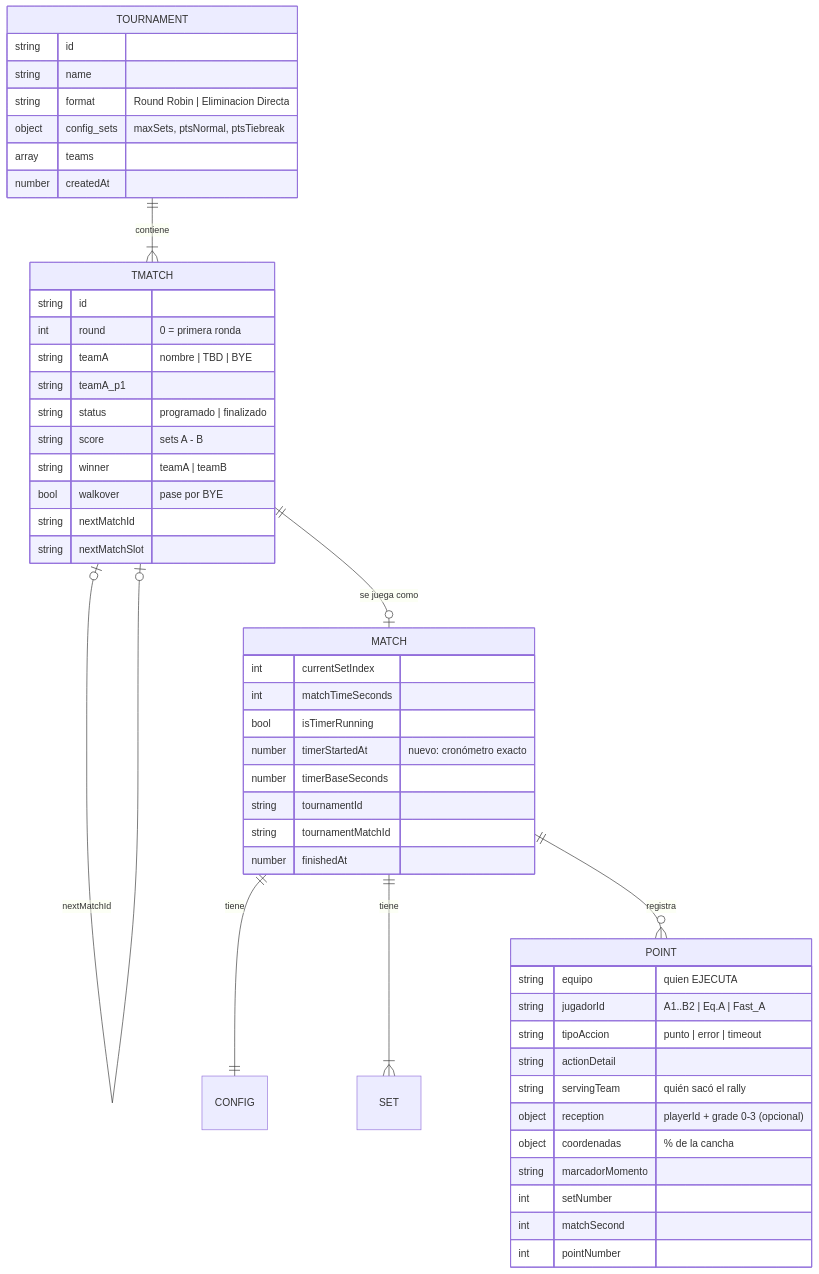
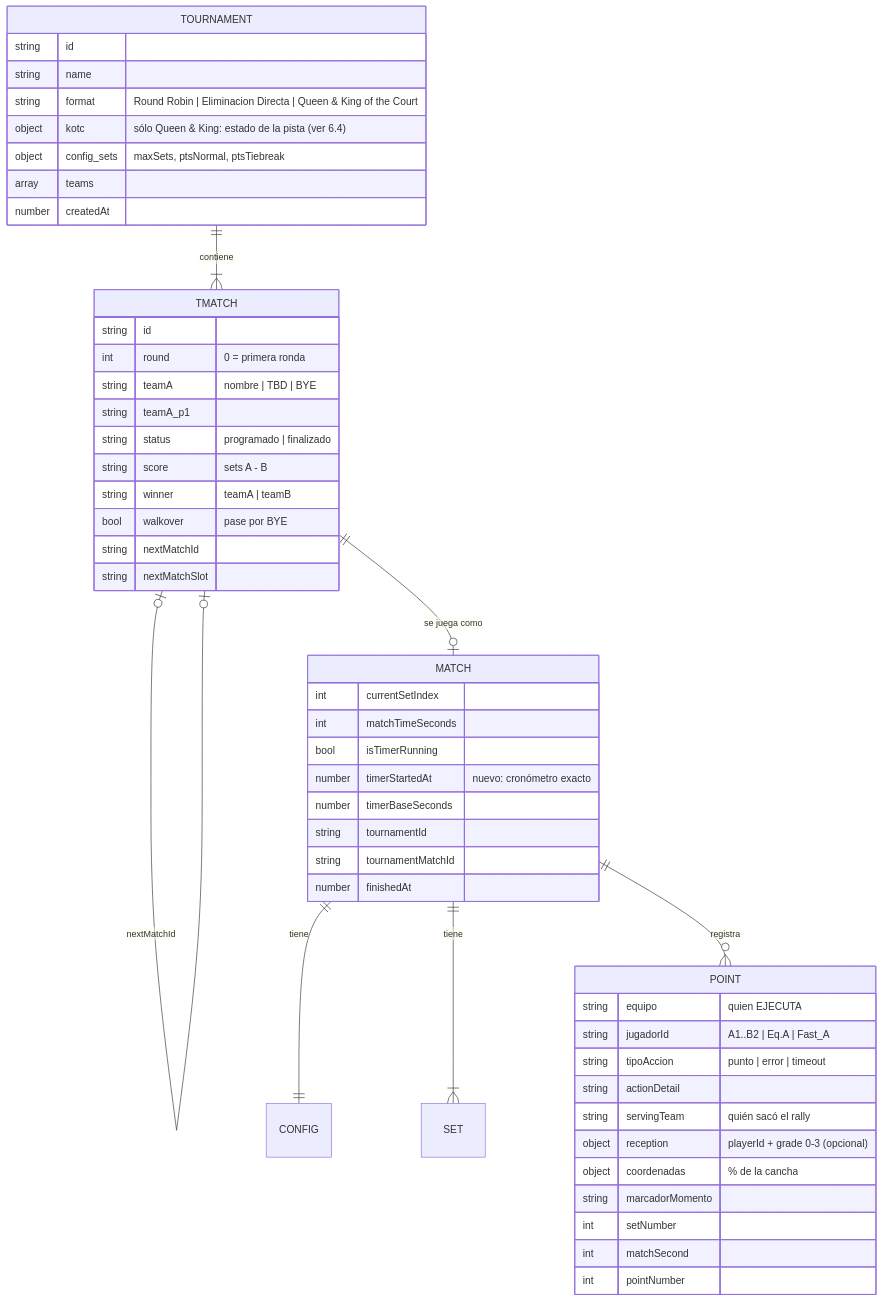
Before and after one commit to jackmaf/board_beachvoley: the fourth of 10 diagrams in CLAUDE.md, drawn with Mermaid. The commit also changed other lines of this file and 11 other files, not shown here.

````diff
--- a/CLAUDE.md
+++ b/CLAUDE.md
@@ -200,53 +203,54 @@
 ```mermaid
 erDiagram
     TOURNAMENT ||--|{ TMATCH : contiene
     TMATCH |o--o| TMATCH : "nextMatchId"
     TMATCH ||--o| MATCH : "se juega como"
     MATCH ||--|| CONFIG : tiene
     MATCH ||--|{ SET : tiene
     MATCH ||--o{ POINT : registra
 
     TOURNAMENT {
         string id
         string name
-        string format "Round Robin | Eliminacion Directa"
+        string format "Round Robin | Eliminacion Directa | Queen & King of the Court"
+        object kotc "sólo Queen & King: estado de la pista (ver 6.4)"
         object config_sets "maxSets, ptsNormal, ptsTiebreak"
         array teams
         number createdAt
     }
     TMATCH {
         string id
         int round "0 = primera ronda"
         string teamA "nombre | TBD | BYE"
         string teamA_p1
         string status "programado | finalizado"
         string score "sets A - B"
         string winner "teamA | teamB"
         bool walkover "pase por BYE"
         string nextMatchId
         string nextMatchSlot
     }
     MATCH {
         int currentSetIndex
         int matchTimeSeconds
         bool isTimerRunning
         number timerStartedAt "nuevo: cronómetro exacto"
         number timerBaseSeconds
         string tournamentId
         string tournamentMatchId
         number finishedAt
     }
     POINT {
         string equipo "quien EJECUTA"
         string jugadorId "A1..B2 | Eq.A | Fast_A"
         string tipoAccion "punto | error | timeout"
         string actionDetail
         string servingTeam "quién sacó el rally"
         object reception "playerId + grade 0-3 (opcional)"
         object coordenadas "% de la cancha"
         string marcadorMomento
         int setNumber
         int matchSecond
         int pointNumber
     }
 ```
````
